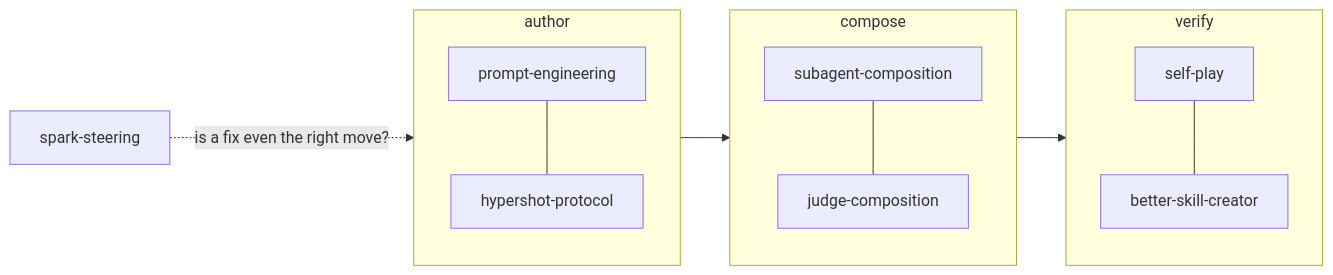
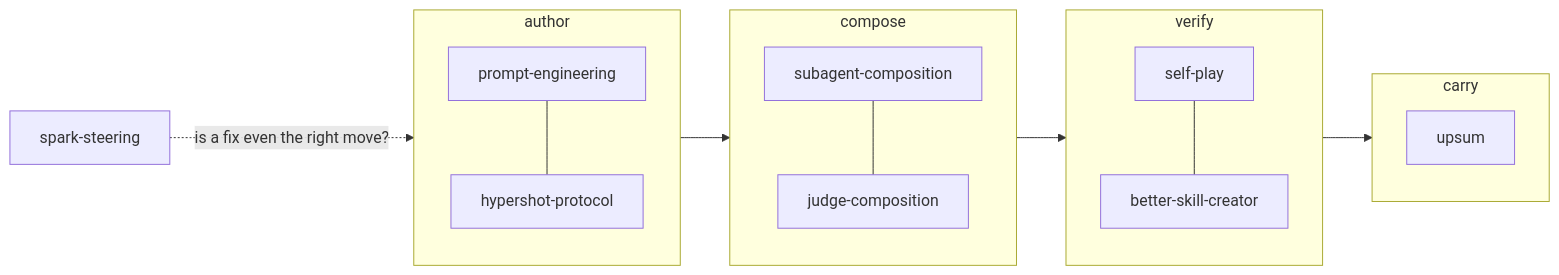
One commit to OpenCnid/dovetail changed the diagram in README.md. Above: the diagram before and after it, drawn with Mermaid. The commit also changed other lines of this file and 5 other files, not shown here.

````diff
--- a/README.md
+++ b/README.md
@@ -17,14 +17,17 @@
 ```mermaid
 flowchart LR
     subgraph author["author"]
         pe["prompt-engineering"] --- hs["hypershot-protocol"]
     end
     subgraph compose["compose"]
         sc["subagent-composition"] --- jc["judge-composition"]
     end
     subgraph verify["verify"]
         sp["self-play"] --- bsc["better-skill-creator"]
     end
-    author --> compose --> verify
+    subgraph carry["carry"]
+        us["upsum"]
+    end
+    author --> compose --> verify --> carry
     ss["spark-steering"] -.->|"is a fix even the right move?"| author
 ```
````
